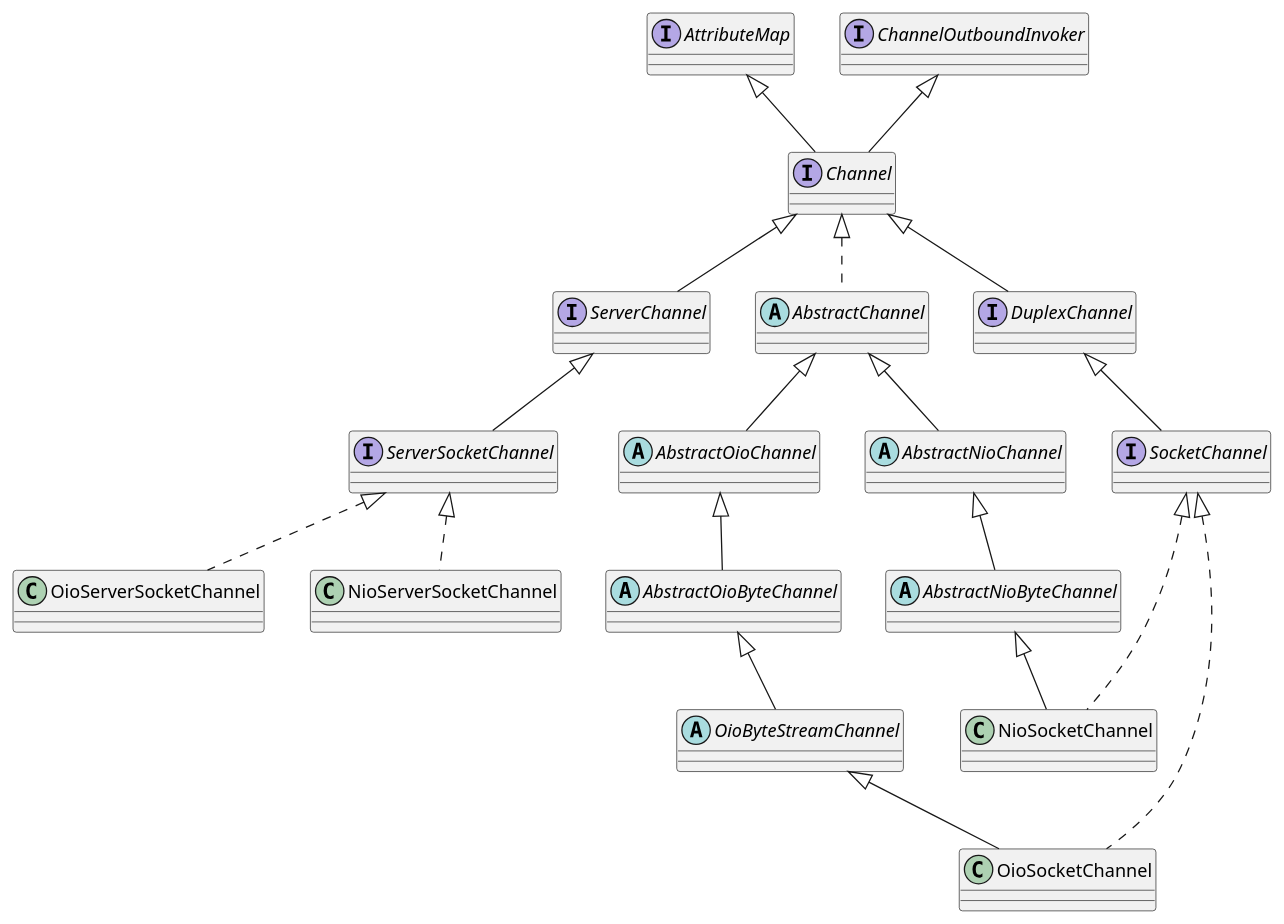
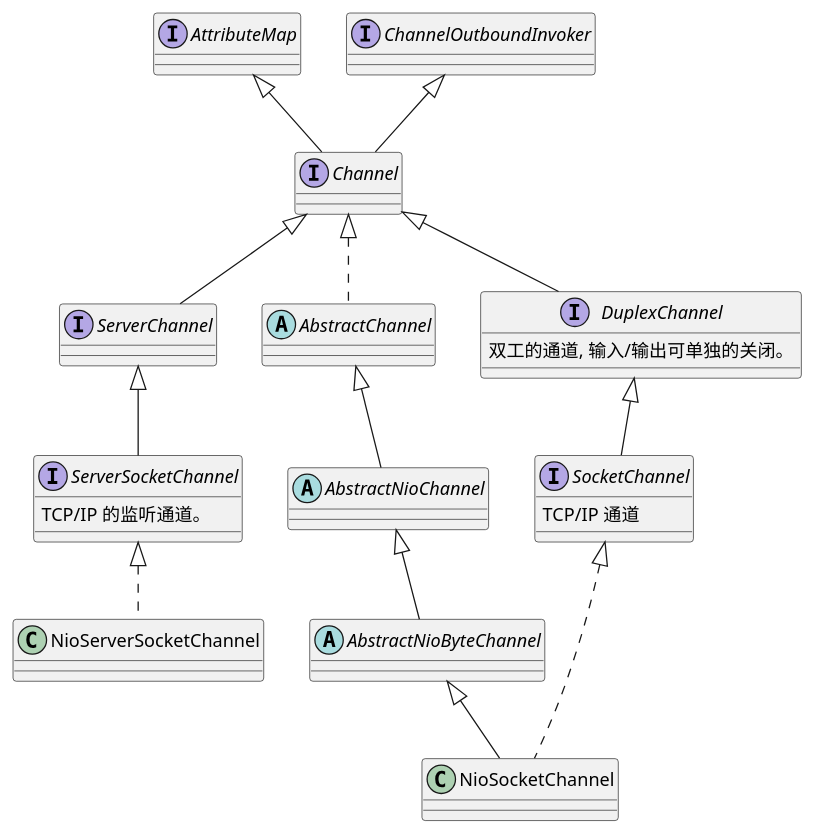
The diagram in framework/netty/notes/Channel的类层次结构.puml (zouxiang1993/learning), drawn with PlantUML before and after one commit. The commit also changed 1 other file, not shown here.

```diff
--- a/framework/netty/notes/Channel的类层次结构.puml
+++ b/framework/netty/notes/Channel的类层次结构.puml
@@ -1,36 +1,32 @@
 @startuml
 
 interface Channel extends AttributeMap, ChannelOutboundInvoker
 
 interface ServerChannel extends Channel
 
 abstract class AbstractChannel implements Channel
 
-interface DuplexChannel extends Channel
+interface DuplexChannel extends Channel {
+    双工的通道, 输入/输出可单独的关闭。
+}
 
-interface SocketChannel extends DuplexChannel
+interface SocketChannel extends DuplexChannel {
+    TCP/IP 通道
+}
 
 class NioSocketChannel extends AbstractNioByteChannel implements SocketChannel
 
-interface ServerSocketChannel extends ServerChannel
-
-class OioServerSocketChannel implements ServerSocketChannel
+interface ServerSocketChannel extends ServerChannel {
+    TCP/IP 的监听通道。
+}
 
 class NioServerSocketChannel implements ServerSocketChannel
 
 abstract class AbstractNioChannel extends AbstractChannel
 
 abstract class AbstractNioByteChannel extends AbstractNioChannel
 
-abstract class AbstractOioChannel extends AbstractChannel
-
-abstract class AbstractOioByteChannel extends AbstractOioChannel
-
-abstract class OioByteStreamChannel extends AbstractOioByteChannel
-
-class OioSocketChannel extends OioByteStreamChannel implements SocketChannel
-
 ServerChannel -[hidden]right-- AbstractChannel
 AbstractChannel -[hidden]right-- DuplexChannel
 ServerSocketChannel -[hidden]right-- SocketChannel
 @enduml
```
